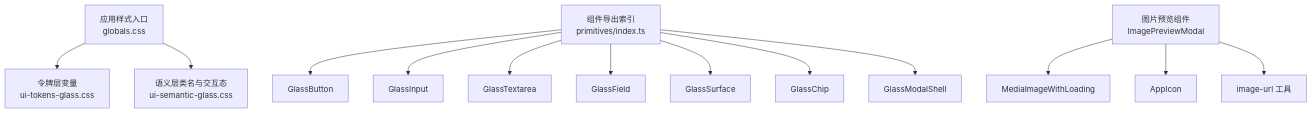
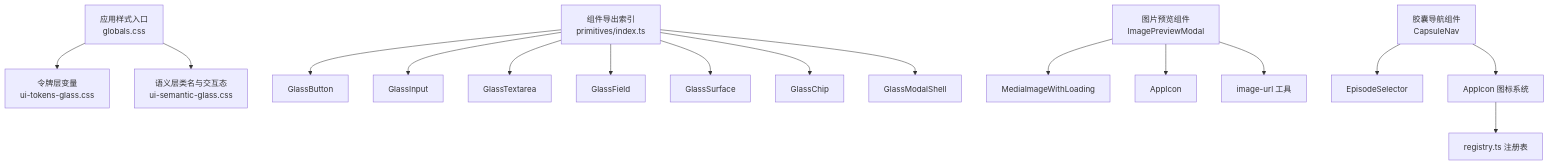
One commit to lyl2021/waoowaoo changed the first of 13 diagrams in .qoder/repowiki/zh/content/前端组件架构/UI组件库/UI组件库.md. Above: the diagram before and after it, drawn with Mermaid. The commit also changed other lines of this file and 15 other files, not shown here.

````diff
--- a/.qoder/repowiki/zh/content/前端组件架构/UI组件库/UI组件库.md
+++ b/.qoder/repowiki/zh/content/前端组件架构/UI组件库/UI组件库.md
@@ -49,15 +51,18 @@
 ```mermaid
 graph TB
 A["应用样式入口<br/>globals.css"] --> B["令牌层变量<br/>ui-tokens-glass.css"]
 A --> C["语义层类名与交互态<br/>ui-semantic-glass.css"]
 D["组件导出索引<br/>primitives/index.ts"] --> E["GlassButton"]
 D --> F["GlassInput"]
 D --> G["GlassTextarea"]
 D --> H["GlassField"]
 D --> I["GlassSurface"]
 D --> J["GlassChip"]
 D --> K["GlassModalShell"]
 L["图片预览组件<br/>ImagePreviewModal"] --> M["MediaImageWithLoading"]
 L --> N["AppIcon"]
 L --> O["image-url 工具"]
+P["胶囊导航组件<br/>CapsuleNav"] --> Q["EpisodeSelector"]
+P --> R["AppIcon 图标系统"]
+R --> S["registry.ts 注册表"]
 ```
````
